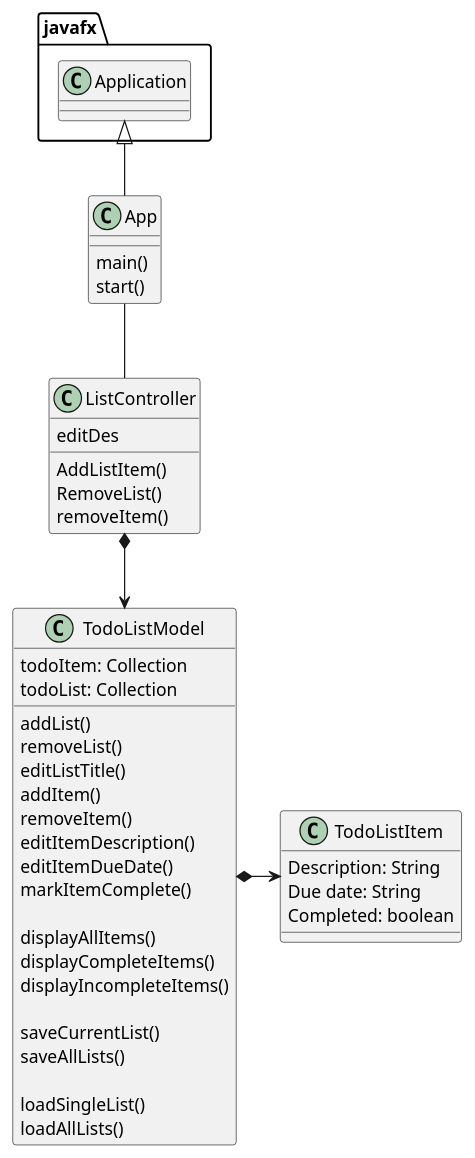
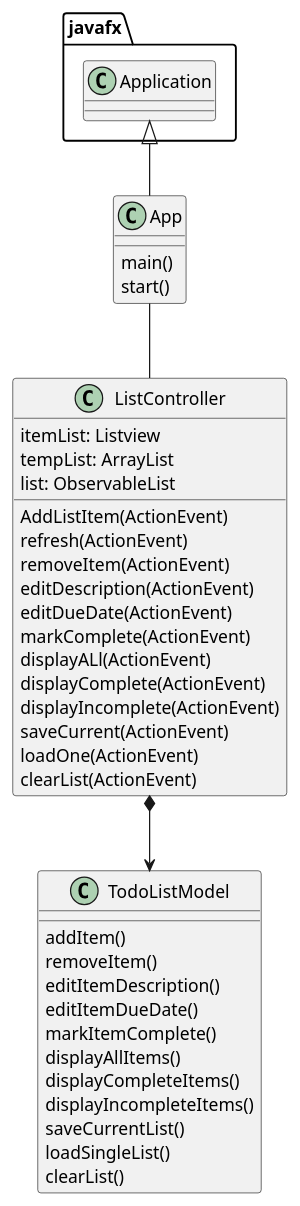
One commit to akwill47/weatherlow-cop3330-assignment4part2 changed the diagram in uml/AppDiagram.puml. Above: the diagram before and after it, drawn with PlantUML. The commit also changed 5 other files, not shown here.

```diff
--- a/uml/AppDiagram.puml
+++ b/uml/AppDiagram.puml
@@ -1,53 +1,51 @@
 @startuml
 'https://plantuml.com/class-diagram
 
 class App{
 main()
 start()
 }
 
 
 class ListController{
-AddListItem()
-RemoveList()
-removeItem()
-editDes
+itemList: Listview
+tempList: ArrayList
+list: ObservableList
+
+AddListItem(ActionEvent)
+refresh(ActionEvent)
+removeItem(ActionEvent)
+editDescription(ActionEvent)
+editDueDate(ActionEvent)
+markComplete(ActionEvent)
+displayALl(ActionEvent)
+displayComplete(ActionEvent)
+displayIncomplete(ActionEvent)
+saveCurrent(ActionEvent)
+loadOne(ActionEvent)
+clearList(ActionEvent)
 
 }
 
 class TodoListModel{
-
-    todoItem: Collection
-    todoList: Collection
-    addList()
-    removeList()
-    editListTitle()
     addItem()
     removeItem()
     editItemDescription()
     editItemDueDate()
     markItemComplete()
-
     displayAllItems()
     displayCompleteItems()
     displayIncompleteItems()
+    saveCurrentList()
+    loadSingleList()
+    clearList()
 
-    saveCurrentList()
-    saveAllLists()
-
-    loadSingleList()
-    loadAllLists()
 
 }
 
-class TodoListItem{
-    Description: String
-    Due date: String
-    Completed: boolean
-}
 
 javafx.Application <|-- App
 App -- ListController
 ListController *--> TodoListModel
-TodoListModel *-> TodoListItem
+
 @enduml
```
